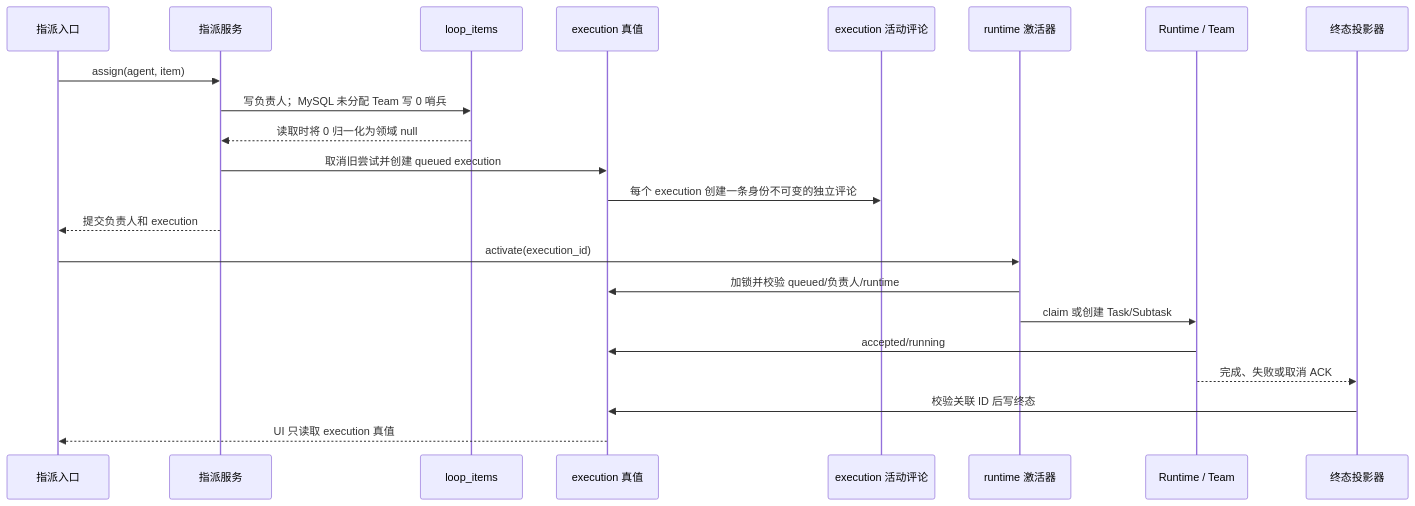
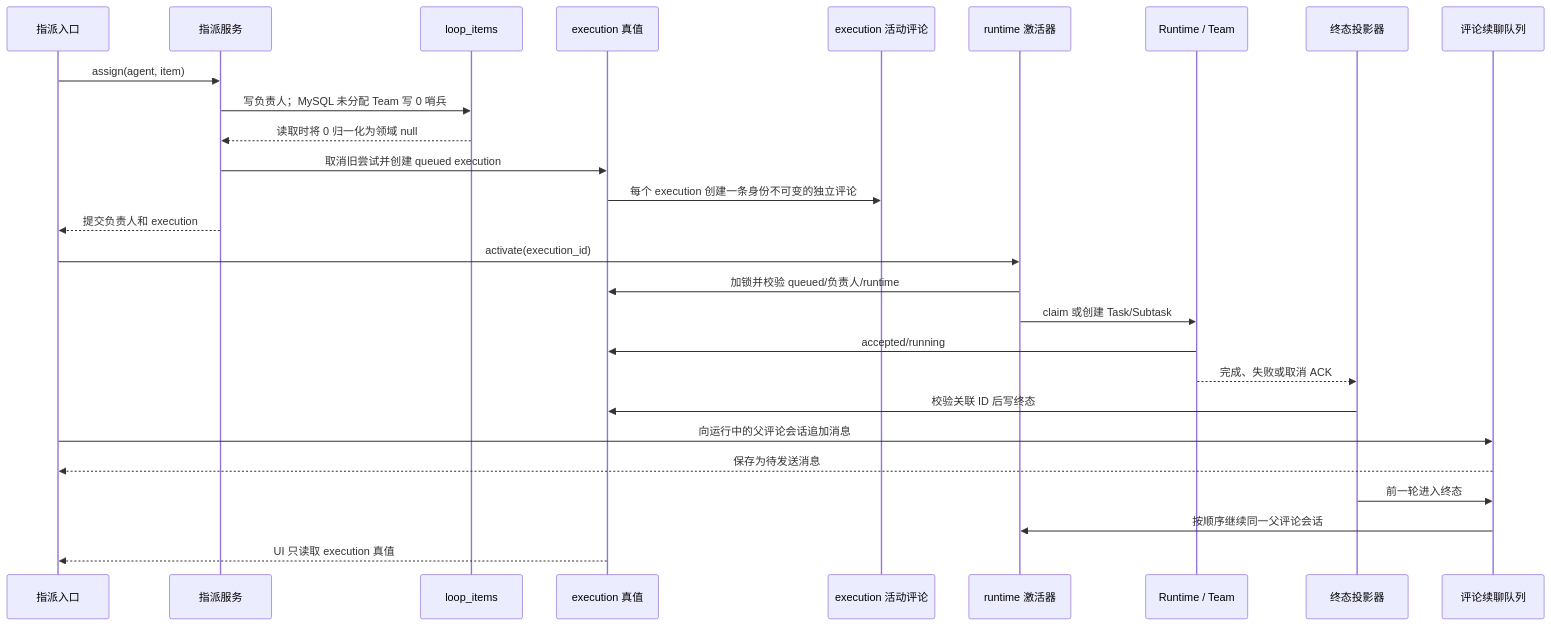
One commit to wecode-ai/Wegent changed the second of 2 diagrams in docs/zh/architecture/board-automation.md. Above: the diagram before and after it, drawn with Mermaid. The commit also changed other lines of this file and 6 other files, not shown here.

````diff
--- a/docs/zh/architecture/board-automation.md
+++ b/docs/zh/architecture/board-automation.md
@@ -30,25 +33,30 @@
 ```mermaid
 sequenceDiagram
     participant E as 指派入口
     participant A as 指派服务
     participant I as loop_items
     participant X as execution 真值
     participant C as execution 活动评论
     participant R as runtime 激活器
     participant T as Runtime / Team
     participant P as 终态投影器
+    participant Q as 评论续聊队列
 
     E->>A: assign(agent, item)
     A->>I: 写负责人；MySQL 未分配 Team 写 0 哨兵
     I-->>A: 读取时将 0 归一化为领域 null
     A->>X: 取消旧尝试并创建 queued execution
     X->>C: 每个 execution 创建一条身份不可变的独立评论
     A-->>E: 提交负责人和 execution
     E->>R: activate(execution_id)
     R->>X: 加锁并校验 queued/负责人/runtime
     R->>T: claim 或创建 Task/Subtask
     T->>X: accepted/running
     T-->>P: 完成、失败或取消 ACK
     P->>X: 校验关联 ID 后写终态
+    E->>Q: 向运行中的父评论会话追加消息
+    Q-->>E: 保存为待发送消息
+    P->>Q: 前一轮进入终态
+    Q->>R: 按顺序继续同一父评论会话
     X-->>E: UI 只读取 execution 真值
 ```
````
